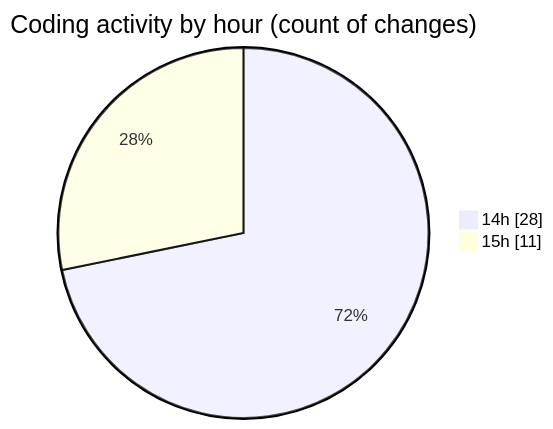
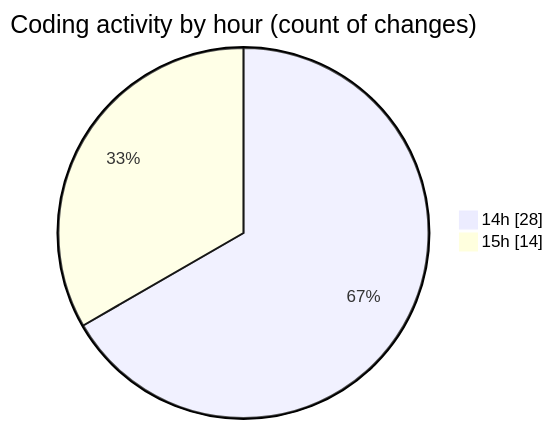
Before and after one commit to robertbonfada/code-tracking: the second of 2 diagrams in 2025-03-01/termonied_testador/README.md, drawn with Mermaid. The commit also changed other lines of this file and 1 other file, not shown here.

````diff
--- a/2025-03-01/termonied_testador/README.md
+++ b/2025-03-01/termonied_testador/README.md
@@ -37,6 +37,6 @@
 ```mermaid
 pie showData
 title Coding activity by hour (count of changes)
 "14h" : 28
-"15h" : 11
+"15h" : 14
 ```
````
